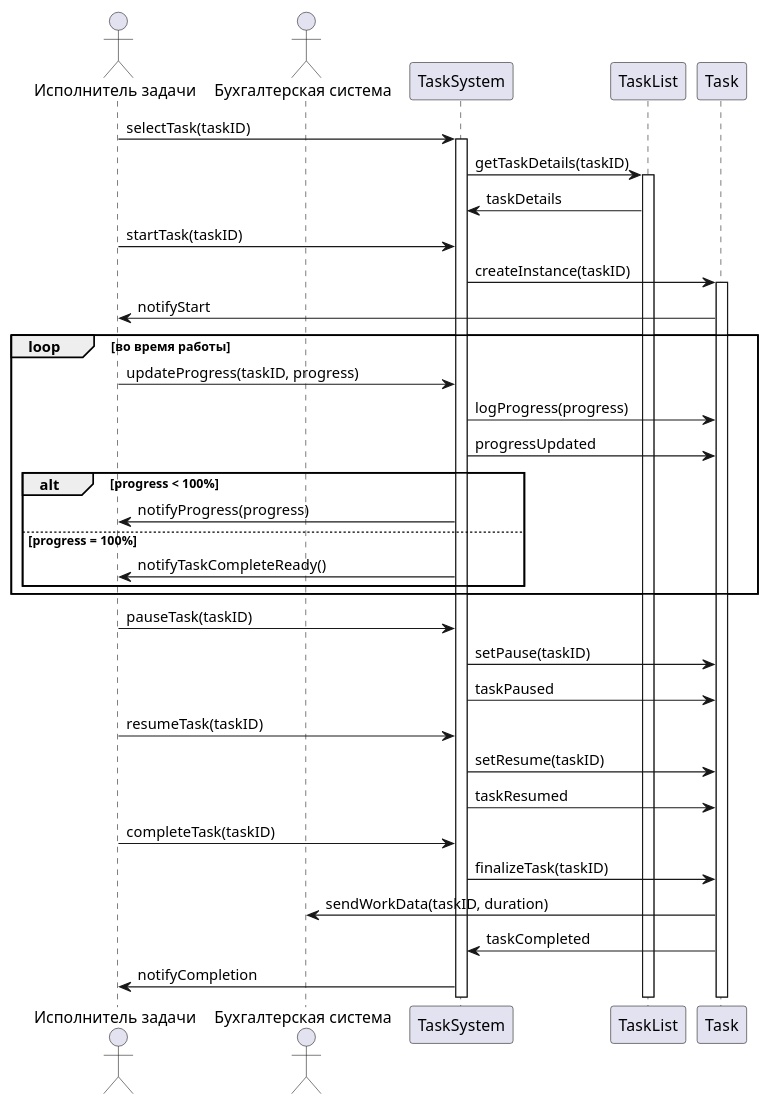
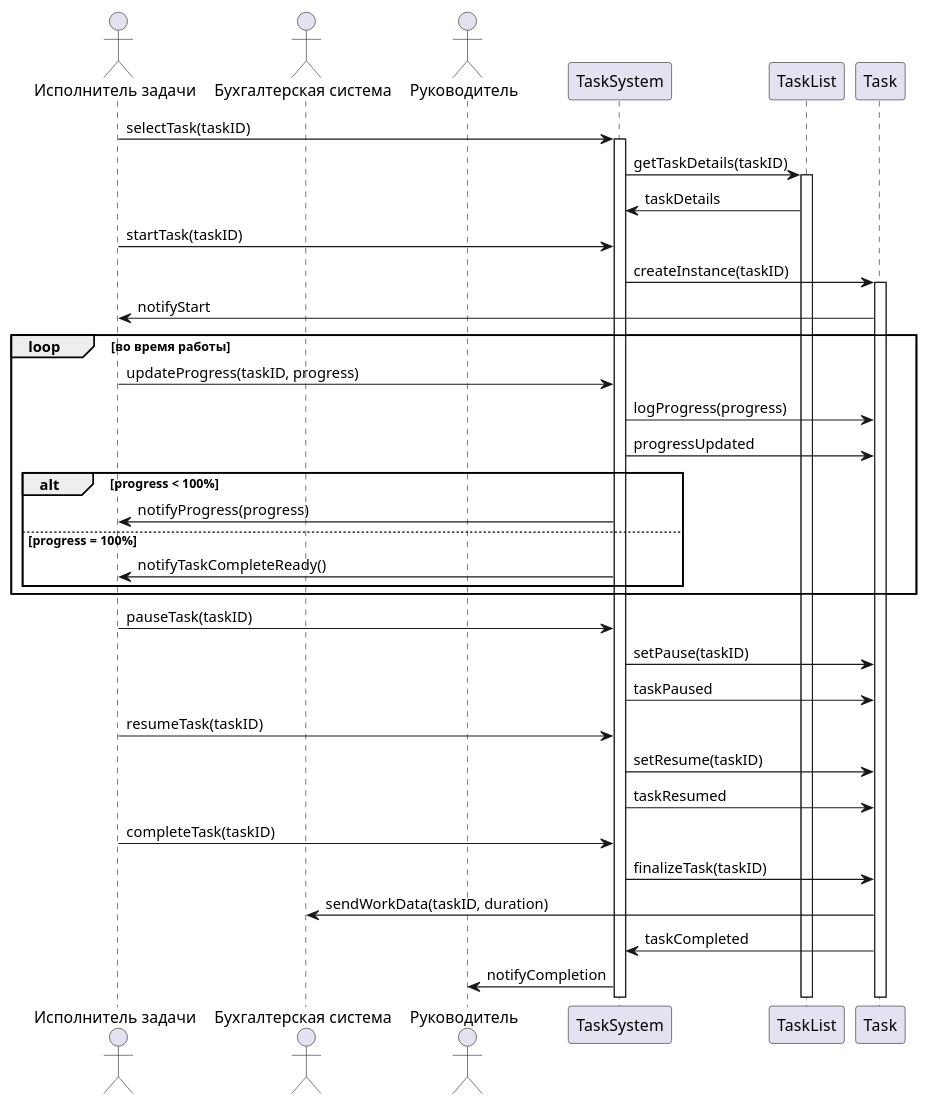
One commit to penamarth/bsbo-01-22_team5_var7 changed the diagram in Прецеденты/Выполнение задания/Диаграмма последовательности Выполнения задания.md. Above: the diagram before and after it, drawn with PlantUML.

Commit message:
Update Диаграмма последовательности Выполнения задания.md

````diff
--- a/Прецеденты/Выполнение задания/Диаграмма последовательности Выполнения задания.md
+++ b/Прецеденты/Выполнение задания/Диаграмма последовательности Выполнения задания.md
@@ -2,43 +2,44 @@
 ```plantuml
 @startuml
 actor "Исполнитель задачи" as Worker
 actor "Бухгалтерская система" as Accounting
+actor "Руководитель" as Manager
 
 Worker -> TaskSystem : selectTask(taskID)
 activate TaskSystem
 TaskSystem -> TaskList : getTaskDetails(taskID)
 activate TaskList
 TaskSystem <- TaskList : taskDetails
 
 Worker -> TaskSystem : startTask(taskID)
 TaskSystem -> Task : createInstance(taskID)
 activate Task
 Task -> Worker : notifyStart
 
 loop во время работы
 Worker -> TaskSystem : updateProgress(taskID, progress)
 TaskSystem -> Task : logProgress(progress)
 Task <- TaskSystem : progressUpdated
 alt progress < 100%
 TaskSystem -> Worker : notifyProgress(progress)
 else progress = 100%
 TaskSystem -> Worker : notifyTaskCompleteReady()
 end
 end
 
 Worker -> TaskSystem : pauseTask(taskID)
 TaskSystem -> Task : setPause(taskID)
 Task <- TaskSystem : taskPaused
 
 Worker -> TaskSystem : resumeTask(taskID)
 TaskSystem -> Task : setResume(taskID)
 Task <- TaskSystem : taskResumed
 
 Worker -> TaskSystem : completeTask(taskID)
 TaskSystem -> Task : finalizeTask(taskID)
 Task -> Accounting : sendWorkData(taskID, duration)
 TaskSystem <- Task : taskCompleted
-TaskSystem -> Worker : notifyCompletion
+TaskSystem -> Manager : notifyCompletion
 
 @enduml
 ```
````
